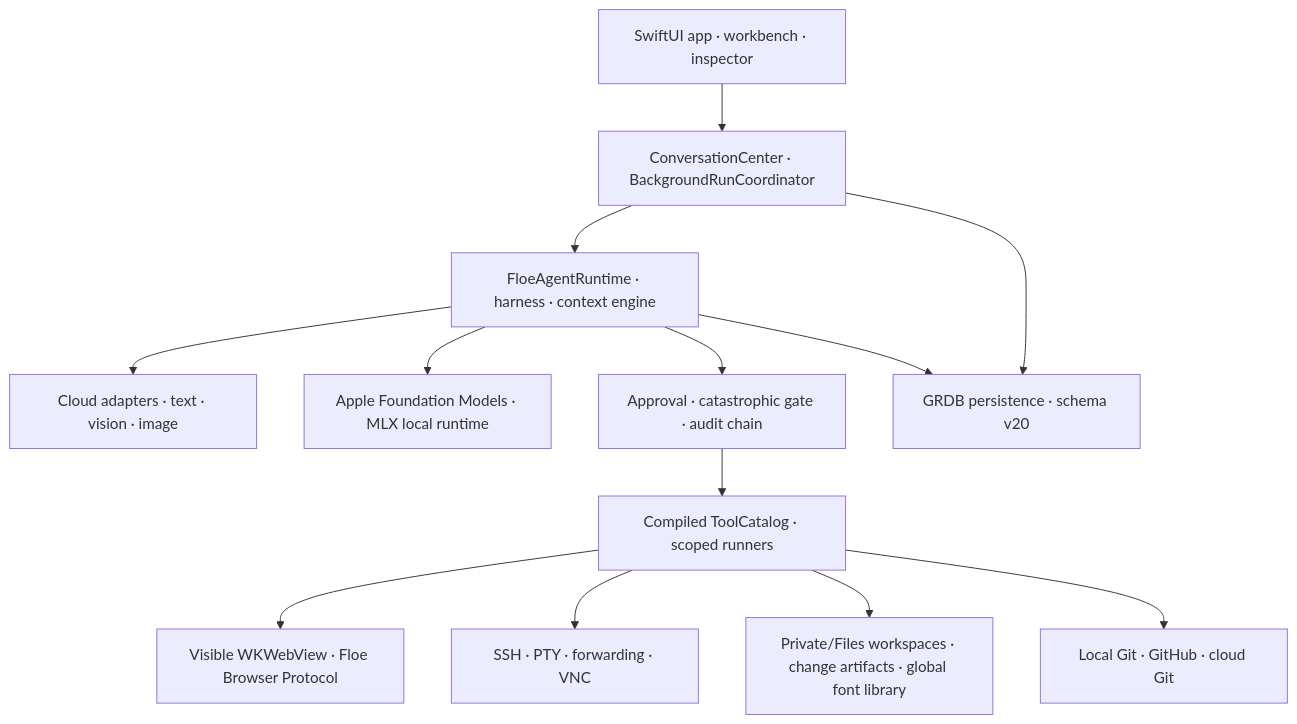
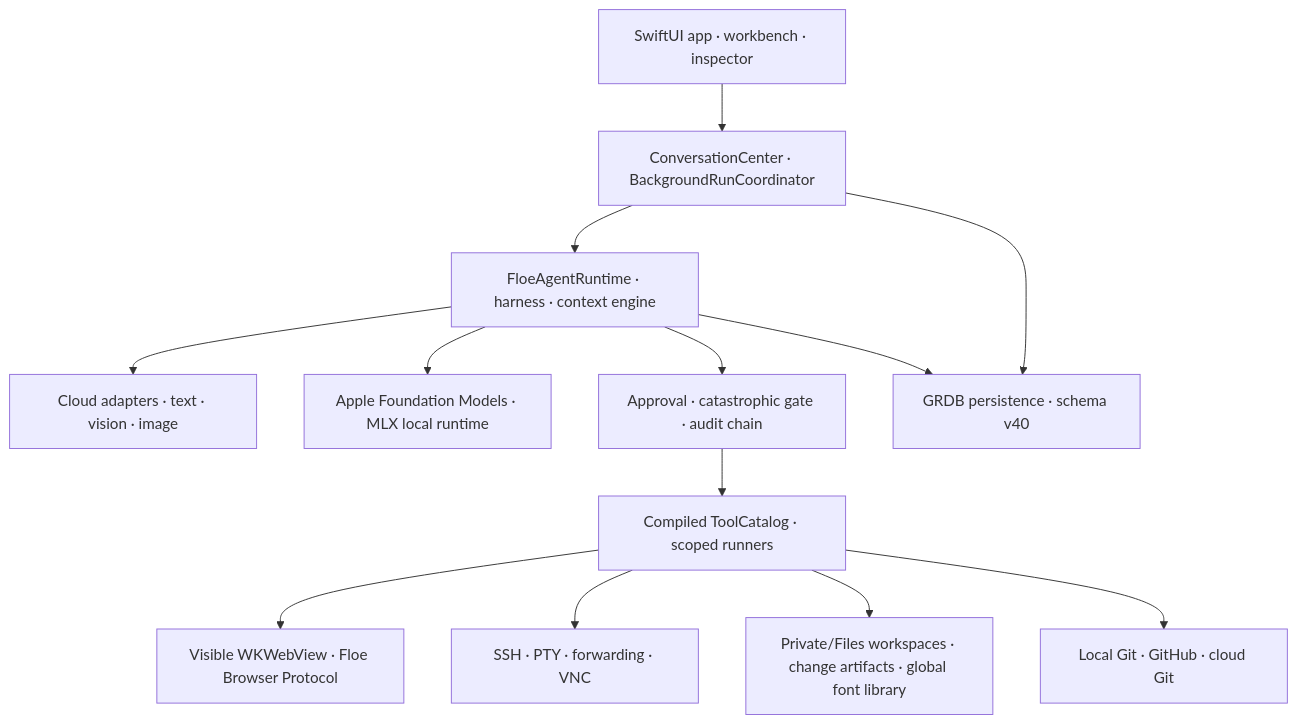
One commit to JiangNanGenius/floe-agent changed the first of 2 diagrams in docs/ARCHITECTURE_OVERVIEW.md. Above: the diagram before and after it, drawn with Mermaid. The commit also changed other lines of this file and 23 other files, not shown here.

````diff
--- a/docs/ARCHITECTURE_OVERVIEW.md
+++ b/docs/ARCHITECTURE_OVERVIEW.md
@@ -20,28 +28,28 @@
 ```mermaid
 flowchart TB
     UI["SwiftUI app · workbench · inspector"]
     CENTER["ConversationCenter · BackgroundRunCoordinator"]
     RUNTIME["FloeAgentRuntime · harness · context engine"]
     PROVIDERS["Cloud adapters · text · vision · image"]
     LOCAL["Apple Foundation Models · MLX local runtime"]
     TOOLS["Compiled ToolCatalog · scoped runners"]
-    PERSIST["GRDB persistence · schema v20"]
+    PERSIST["GRDB persistence · schema v40"]
     SECURITY["Approval · catastrophic gate · audit chain"]
     BROWSER["Visible WKWebView · Floe Browser Protocol"]
     REMOTE["SSH · PTY · forwarding · VNC"]
     FILES["Private/Files workspaces · change artifacts · global font library"]
     GIT["Local Git · GitHub · cloud Git"]
 
     UI --> CENTER
     CENTER --> RUNTIME
     CENTER --> PERSIST
     RUNTIME --> PROVIDERS
     RUNTIME --> LOCAL
     RUNTIME --> SECURITY
     SECURITY --> TOOLS
     TOOLS --> BROWSER
     TOOLS --> REMOTE
     TOOLS --> FILES
     TOOLS --> GIT
     RUNTIME --> PERSIST
 ```
````
